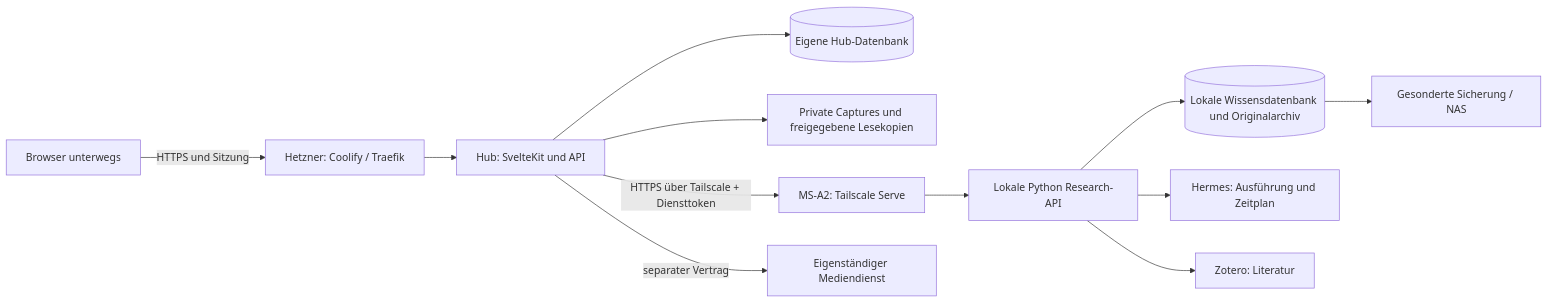
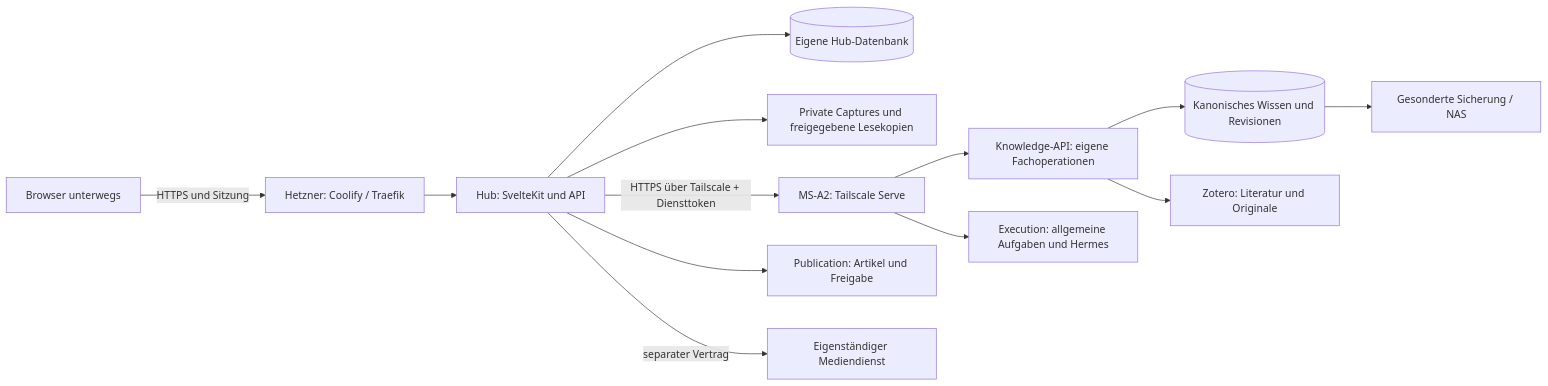
Before and after one commit to dweigend/server-dashboard: the diagram in docs/hybrid-backend.md, drawn with Mermaid. The commit also changed other lines of this file and 16 other files, not shown here.

Commit message:
docs: 📝 Separate knowledge, execution and publication ownership

````diff
--- a/docs/hybrid-backend.md
+++ b/docs/hybrid-backend.md
@@ -10,14 +11,15 @@
 ```mermaid
 flowchart LR
     Browser[Browser unterwegs] -->|HTTPS und Sitzung| Proxy[Hetzner: Coolify / Traefik]
     Proxy --> Hub[Hub: SvelteKit und API]
     Hub --> HubDB[(Eigene Hub-Datenbank)]
     Hub --> Files[Private Captures und freigegebene Lesekopien]
     Hub -->|HTTPS über Tailscale + Diensttoken| Serve[MS-A2: Tailscale Serve]
-    Serve --> API[Lokale Python Research-API]
-    API --> Knowledge[(Lokale Wissensdatenbank und Originalarchiv)]
-    API --> Hermes[Hermes: Ausführung und Zeitplan]
-    API --> Zotero[Zotero: Literatur]
+    Serve --> KnowledgeAPI[Knowledge-API: eigene Fachoperationen]
+    Serve --> Execution[Execution: allgemeine Aufgaben und Hermes]
+    KnowledgeAPI --> Knowledge[(Kanonisches Wissen und Revisionen)]
+    KnowledgeAPI --> Zotero[Zotero: Literatur und Originale]
+    Hub --> Publication[Publication: Artikel und Freigabe]
     Hub -->|separater Vertrag| Media[Eigenständiger Mediendienst]
     Knowledge --> Backup[Gesonderte Sicherung / NAS]
 ```
````
